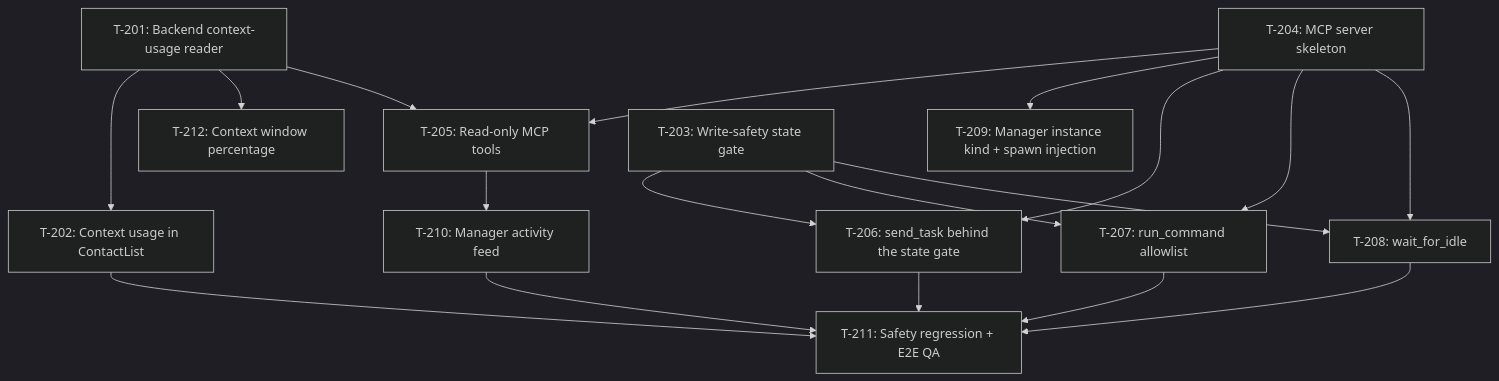
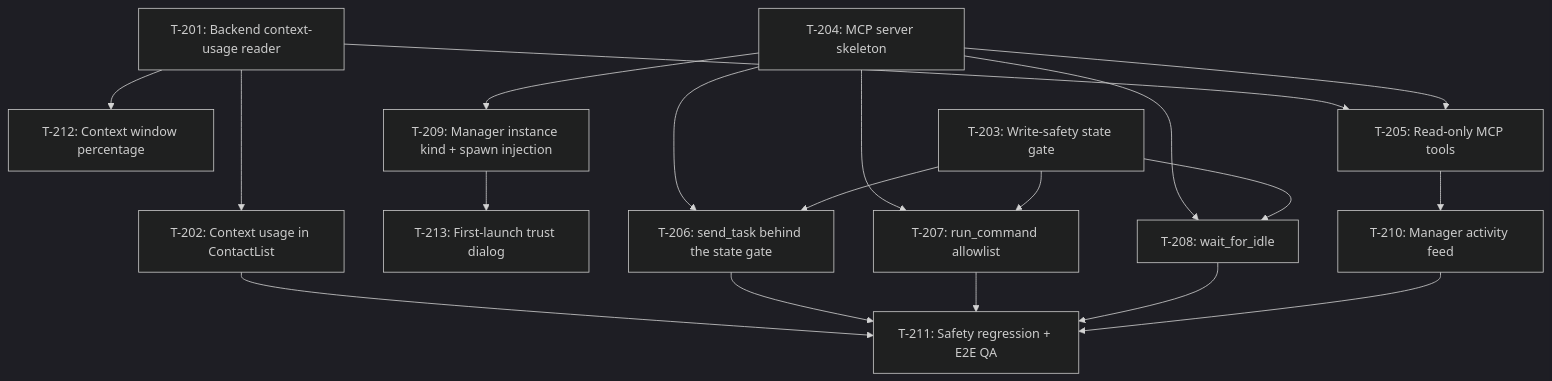
The diagram in docs/specs/manager-agent/kanban.md (Jasenpan1987/multi-code), drawn with Mermaid (dark theme) before and after one commit. The commit also changed other lines of this file and 17 other files, not shown here.

````diff
--- a/docs/specs/manager-agent/kanban.md
+++ b/docs/specs/manager-agent/kanban.md
@@ -10,20 +10,21 @@
 ```mermaid
 graph TD
     T201[T-201: Backend context-usage reader] --> T202[T-202: Context usage in ContactList]
     T201 --> T212[T-212: Context window percentage]
     T201 --> T205[T-205: Read-only MCP tools]
     T204[T-204: MCP server skeleton] --> T205
     T204 --> T209[T-209: Manager instance kind + spawn injection]
+    T209 --> T213[T-213: First-launch trust dialog]
     T204 --> T206[T-206: send_task behind the state gate]
     T204 --> T207[T-207: run_command allowlist]
     T204 --> T208[T-208: wait_for_idle]
     T203[T-203: Write-safety state gate] --> T206
     T203 --> T207
     T203 --> T208
     T205 --> T210[T-210: Manager activity feed]
     T202 --> T211[T-211: Safety regression + E2E QA]
     T206 --> T211
     T207 --> T211
     T208 --> T211
     T210 --> T211
 ```
````
